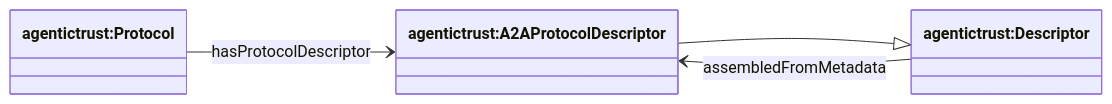
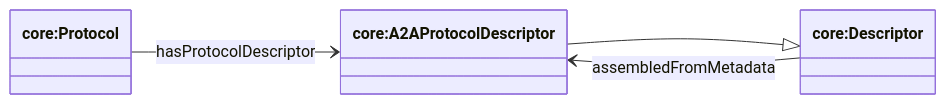
One commit to Agentic-Trust-Layer/agent-explorer changed the fourth of 4 diagrams in docs/ontology/descriptor.md. Above: the diagram before and after it, drawn with Mermaid. The commit also changed other lines of this file and 49 other files, not shown here.

````diff
--- a/docs/ontology/descriptor.md
+++ b/docs/ontology/descriptor.md
@@ -145,12 +145,12 @@
 ```mermaid
 classDiagram
 direction LR
 
-class Protocol["agentictrust:Protocol"]
-class A2AProtocolDescriptor["agentictrust:A2AProtocolDescriptor"]
-class Descriptor["agentictrust:Descriptor"]
+class Protocol["core:Protocol"]
+class A2AProtocolDescriptor["core:A2AProtocolDescriptor"]
+class Descriptor["core:Descriptor"]
 
 Protocol --> A2AProtocolDescriptor : hasProtocolDescriptor
 A2AProtocolDescriptor --|> Descriptor
 Descriptor --> A2AProtocolDescriptor : assembledFromMetadata
 ```
````
